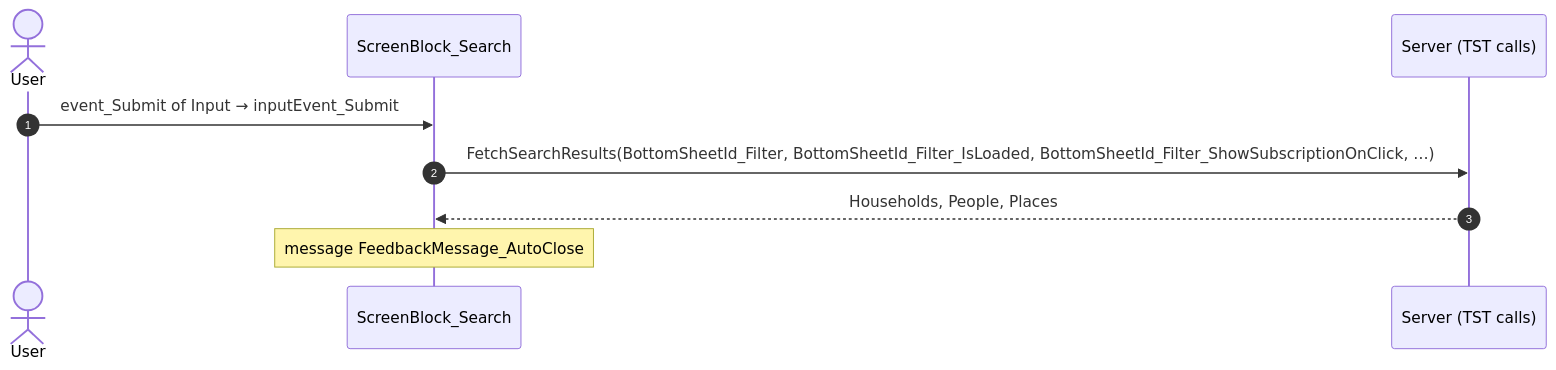
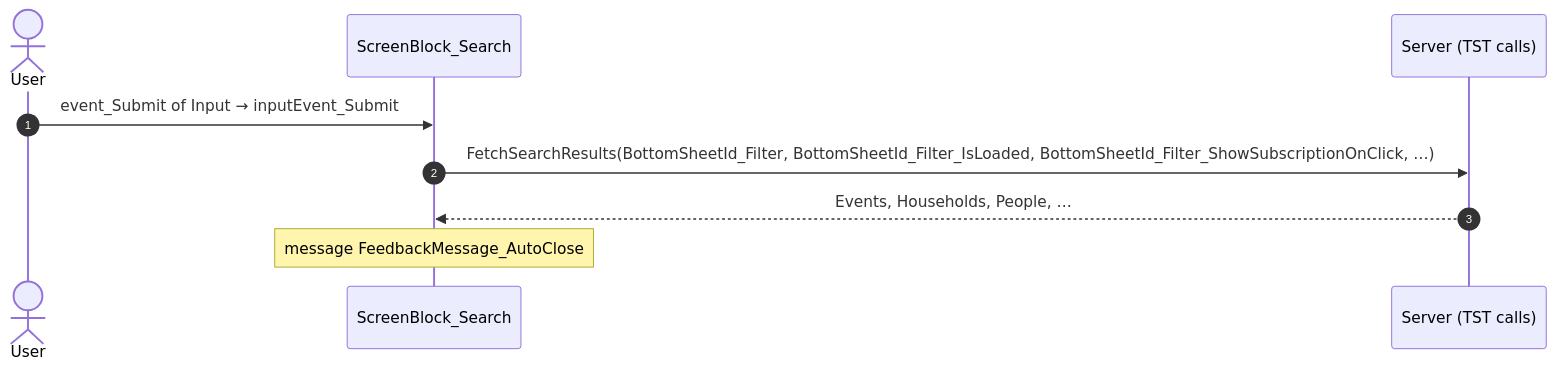
One commit to Phoenix-DX/connect-new-ui changed the first of 12 diagrams in route-actions/routes/Search.md. Above: the diagram before and after it, drawn with Mermaid. The commit also changed other lines of this file and 30 other files, not shown here.

````diff
--- a/route-actions/routes/Search.md
+++ b/route-actions/routes/Search.md
@@ -85,11 +91,11 @@
 ```mermaid
 sequenceDiagram
   autonumber
   actor U as User
   participant B as ScreenBlock_Search
   participant S as Server (TST calls)
   U->>B: event_Submit of Input → inputEvent_Submit
   B->>S: FetchSearchResults(BottomSheetId_Filter, BottomSheetId_Filter_IsLoaded, BottomSheetId_Filter_ShowSubscriptionOnClick, …)
-  S-->>B: Households, People, Places
+  S-->>B: Events, Households, People, …
   Note over B: message FeedbackMessage_AutoClose
 ```
````
